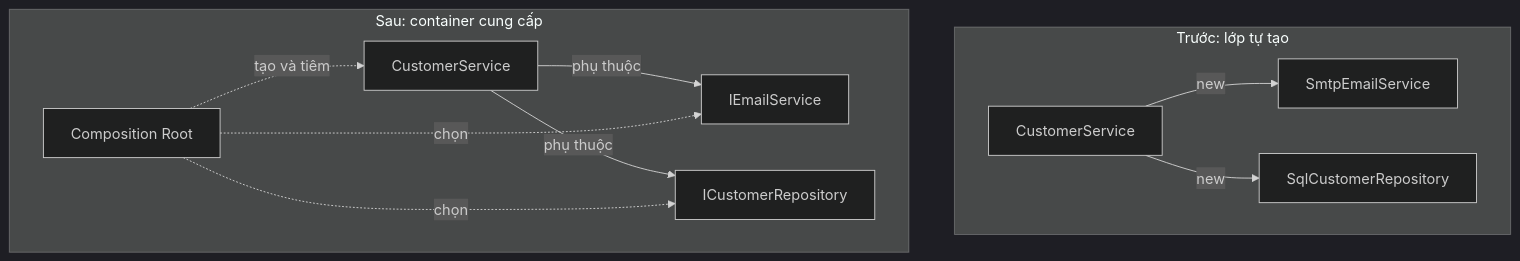
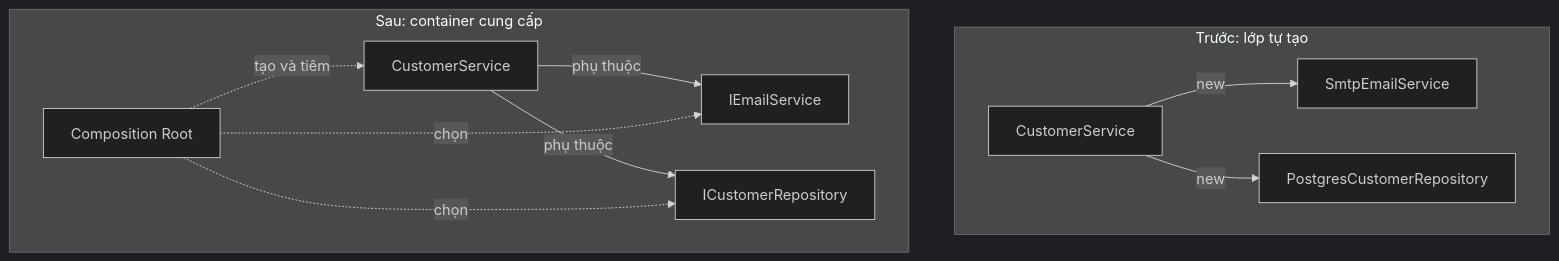
Before and after one commit to TienNHM/dotnet-course: the diagram in lessons/stage-02-csharp-professional/module-07-dependency-injection/7.1-di-problem-scope.md, drawn with Mermaid (dark theme). The commit also changed other lines of this file and 27 other files, not shown here.

````diff
--- a/lessons/stage-02-csharp-professional/module-07-dependency-injection/7.1-di-problem-scope.md
+++ b/lessons/stage-02-csharp-professional/module-07-dependency-injection/7.1-di-problem-scope.md
@@ -119,14 +122,14 @@
 ```mermaid
 flowchart TB
     subgraph Truoc["Trước: lớp tự tạo"]
         A[CustomerService] -->|new| B[SmtpEmailService]
-        A -->|new| C[SqlCustomerRepository]
+        A -->|new| C[PostgresCustomerRepository]
     end
     subgraph Sau["Sau: container cung cấp"]
         D[CustomerService] -->|phụ thuộc| E[IEmailService]
         D -->|phụ thuộc| F[ICustomerRepository]
         G[Composition Root] -."tạo và tiêm".-> D
         G -."chọn".-> E
         G -."chọn".-> F
     end
 ```
````
